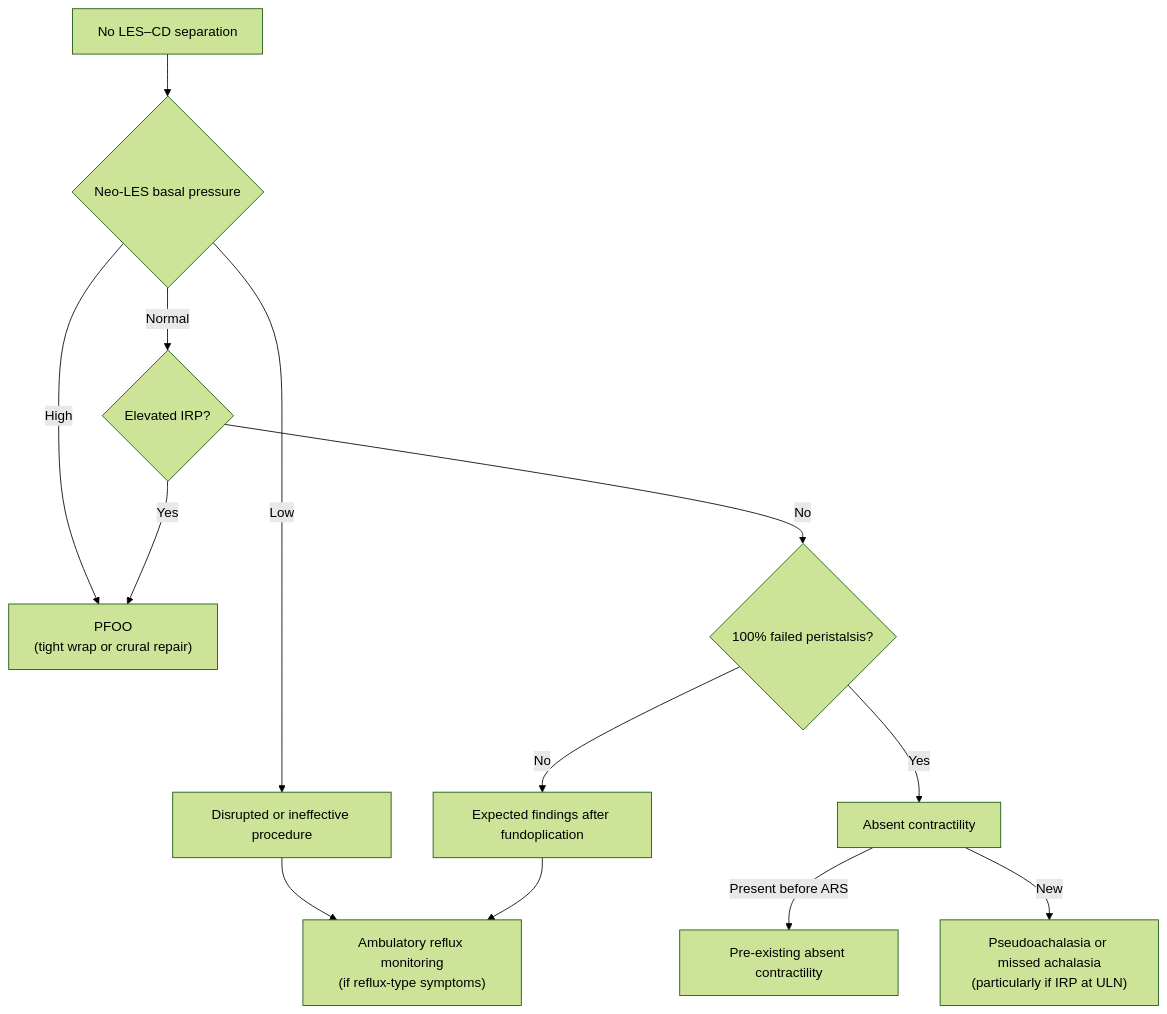
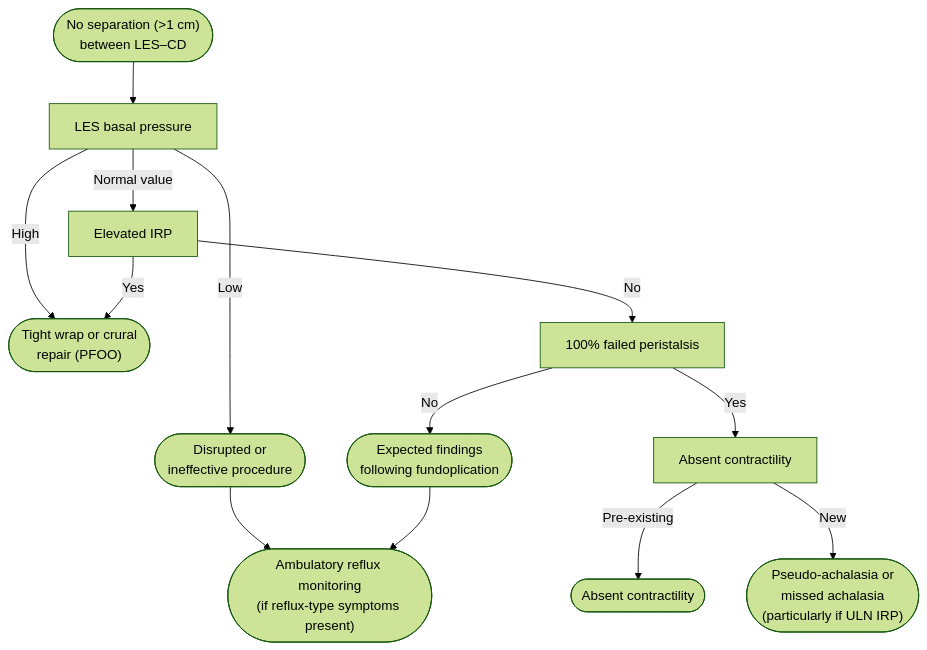
Before and after one commit to KHNickLeMD/KHNL-GI-Wiki: the diagram in KHNL-GI-Wiki/wiki/7-concepts/hrm-antireflux-surgery.md, drawn with Mermaid (forest theme). The commit also changed other lines of this file and 41 other files, not shown here.

First line of the commit message:
Figure licences: replace 81 paywalled figure screenshots with redrawn flowcharts, tables and links

````diff
--- a/KHNL-GI-Wiki/wiki/7-concepts/hrm-antireflux-surgery.md
+++ b/KHNL-GI-Wiki/wiki/7-concepts/hrm-antireflux-surgery.md
@@ -103,15 +105,19 @@
 ```mermaid
 flowchart TD
-    A["No LES–CD separation"] --> B{"Neo-LES basal pressure"}
-    B -->|"Low"| C["Disrupted or ineffective procedure"]
-    C --> R["Ambulatory reflux monitoring<br/>(if reflux-type symptoms)"]
-    B -->|"High"| P["PFOO<br/>(tight wrap or crural repair)"]
-    B -->|"Normal"| D{"Elevated IRP?"}
-    D -->|"Yes"| P
-    D -->|"No"| E{"100% failed peristalsis?"}
-    E -->|"Yes"| F["Absent contractility"]
-    F -->|"Present before ARS"| G["Pre-existing absent contractility"]
-    F -->|"New"| H["Pseudoachalasia or missed achalasia<br/>(particularly if IRP at ULN)"]
-    E -->|"No"| I["Expected findings after fundoplication"]
+    A(["No separation (>1 cm)<br/>between LES–CD"]) --> B["LES basal pressure"]
+    B -- "Low" --> C(["Disrupted or<br/>ineffective procedure"])
+    C --> R(["Ambulatory reflux monitoring<br/>(if reflux-type symptoms present)"])
+    B -- "High" --> P(["Tight wrap or crural<br/>repair (PFOO)"])
+    B -- "Normal value" --> D["Elevated IRP"]
+    D -- "Yes" --> P
+    D -- "No" --> E["100% failed peristalsis"]
+    E -- "Yes" --> F["Absent contractility"]
+    F -- "Pre-existing" --> G(["Absent contractility"])
+    F -- "New" --> H(["Pseudo-achalasia or<br/>missed achalasia<br/>(particularly if ULN IRP)"])
+    E -- "No" --> I(["Expected findings<br/>following fundoplication"])
     I --> R
+    class A start
+    class B,D,E,F test
+    class R act
+    class C,P,G,H,I stop
 ```
````
